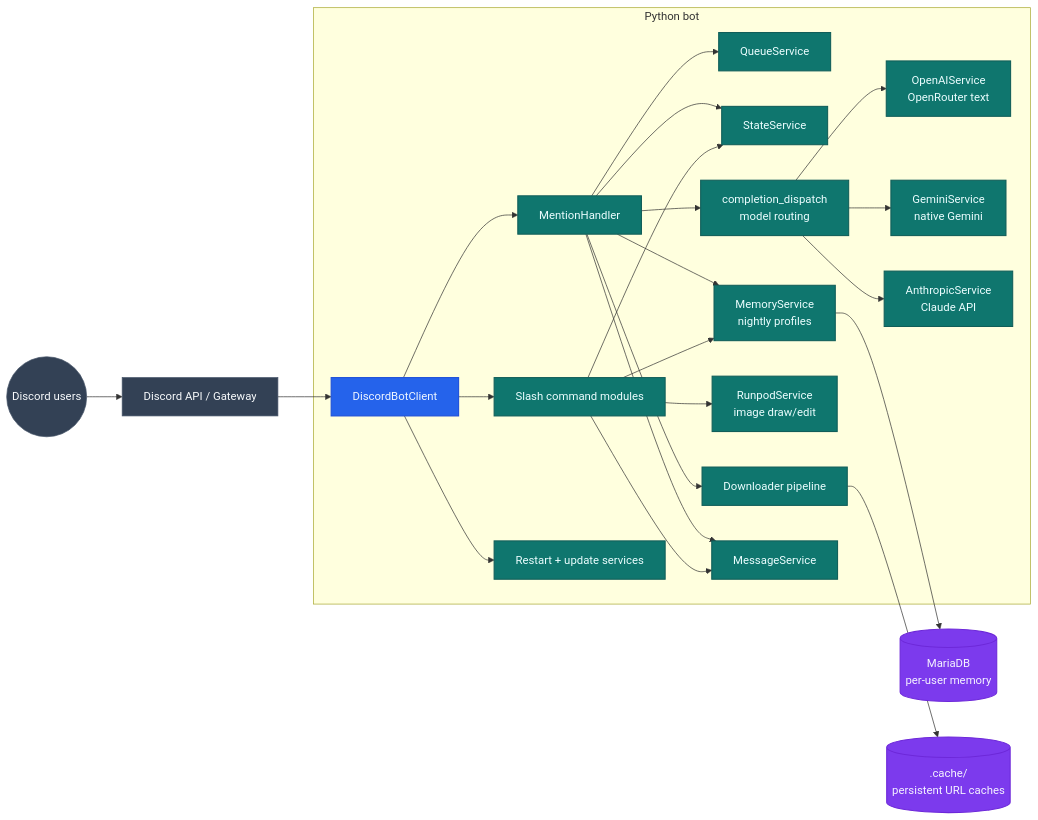
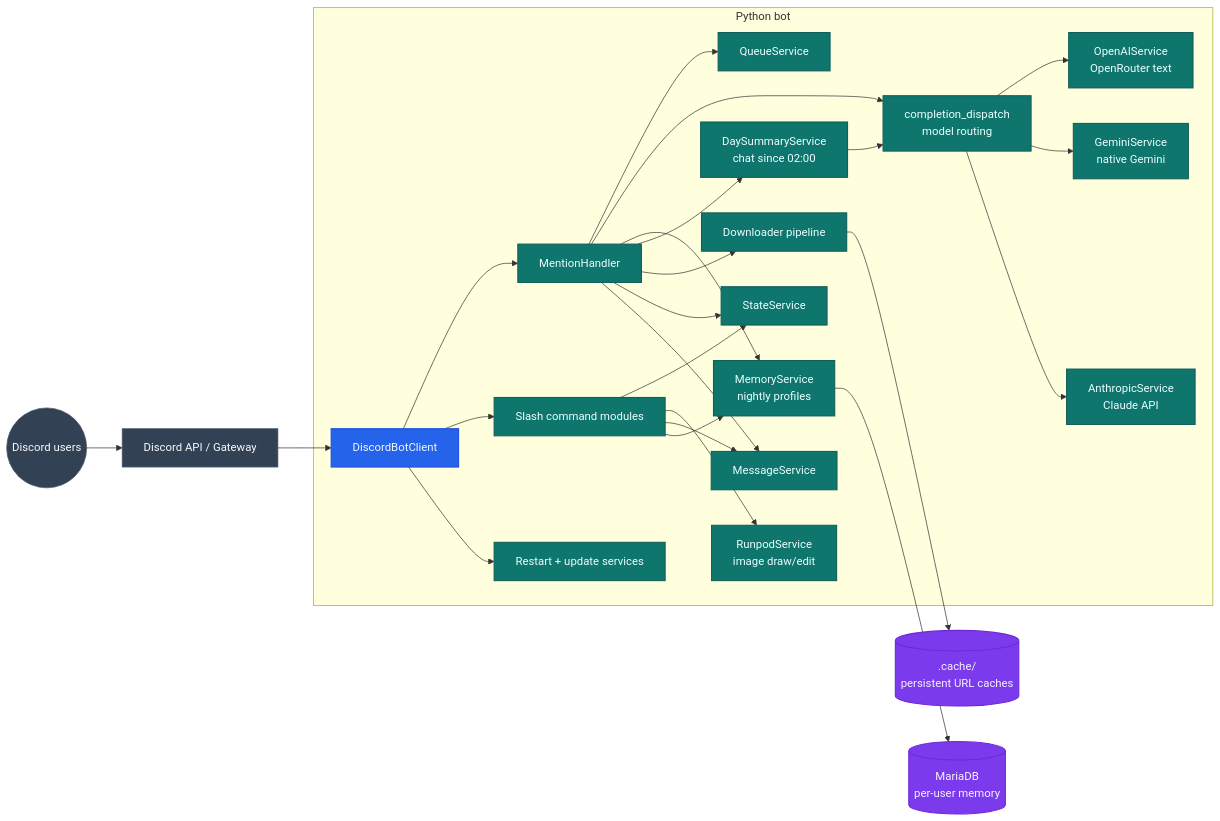
Before and after one commit to jobeus/cmwgpt: the first of 5 diagrams in docs/architecture.md, drawn with Mermaid. The commit also changed other lines of this file and 6 other files, not shown here.

First line of the commit message:
feat(mention): summarize today's chat from before the history window

````diff
--- a/docs/architecture.md
+++ b/docs/architecture.md
@@ -29,50 +29,53 @@
 ```mermaid
 flowchart LR
     classDef edge fill:#334155,color:#f8fafc,stroke:#475569,stroke-width:1px;
     classDef bot fill:#2563eb,color:#eff6ff,stroke:#1d4ed8,stroke-width:1.5px;
     classDef service fill:#0f766e,color:#ecfeff,stroke:#115e59,stroke-width:1.5px;
     classDef data fill:#7c3aed,color:#f5f3ff,stroke:#6d28d9,stroke-width:1.5px;
 
     User((Discord users)):::edge --> Discord[Discord API / Gateway]:::edge
 
     subgraph BotApp[Python bot]
         Client[DiscordBotClient]:::bot
         Mention[MentionHandler]:::service
         Commands[Slash command modules]:::service
         Queue[QueueService]:::service
         State[StateService]:::service
         Dispatch[completion_dispatch<br/>model routing]:::service
         OpenAI[OpenAIService<br/>OpenRouter text]:::service
         Gemini[GeminiService<br/>native Gemini]:::service
         Anthropic[AnthropicService<br/>Claude API]:::service
         Memory[MemoryService<br/>nightly profiles]:::service
+        DaySummary[DaySummaryService<br/>chat since 02:00]:::service
         Runpod[RunpodService<br/>image draw/edit]:::service
         Downloader[Downloader pipeline]:::service
         MsgSvc[MessageService]:::service
         Restart[Restart + update services]:::service
     end
 
     Discord --> Client
     Client --> Mention
     Client --> Commands
     Mention --> Queue
     Mention --> Dispatch
     Dispatch --> OpenAI
     Dispatch --> Gemini
     Dispatch --> Anthropic
     Mention --> Memory
+    Mention --> DaySummary
+    DaySummary --> Dispatch
     Mention --> Downloader
     Mention --> State
     Mention --> MsgSvc
     Commands --> State
     Commands --> Runpod
     Commands --> MsgSvc
     Client --> Restart
 
     Commands --> Memory
 
     DB[(MariaDB<br/>per-user memory)]:::data
     Memory --> DB
     Cache[(.cache/<br/>persistent URL caches)]:::data
     Downloader --> Cache
 ```
````
